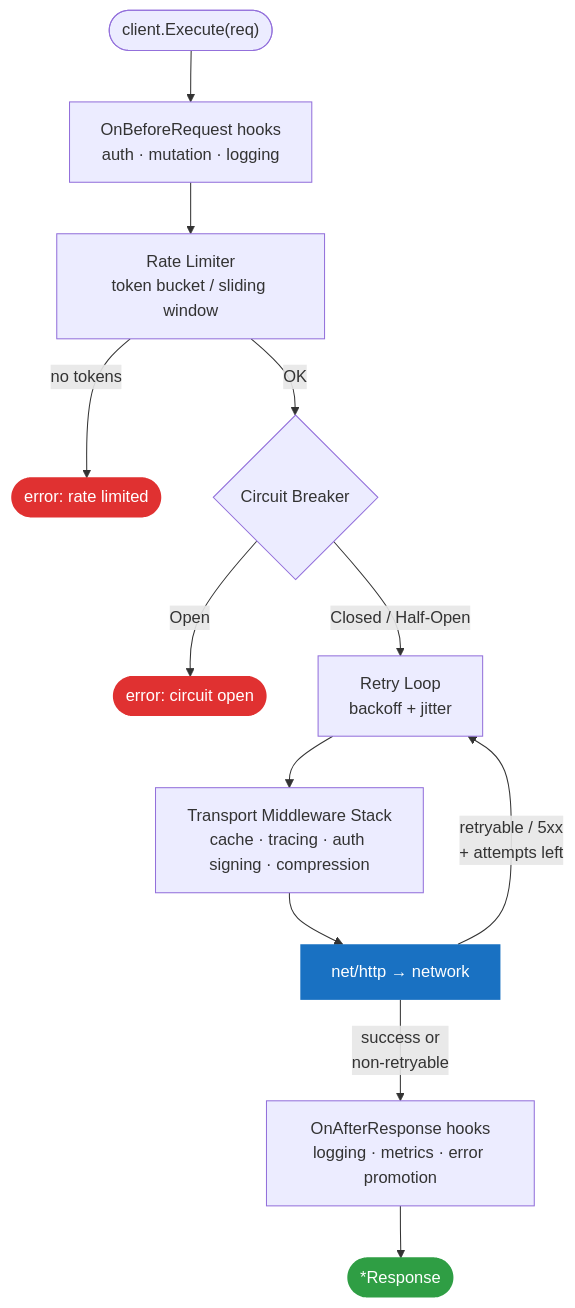
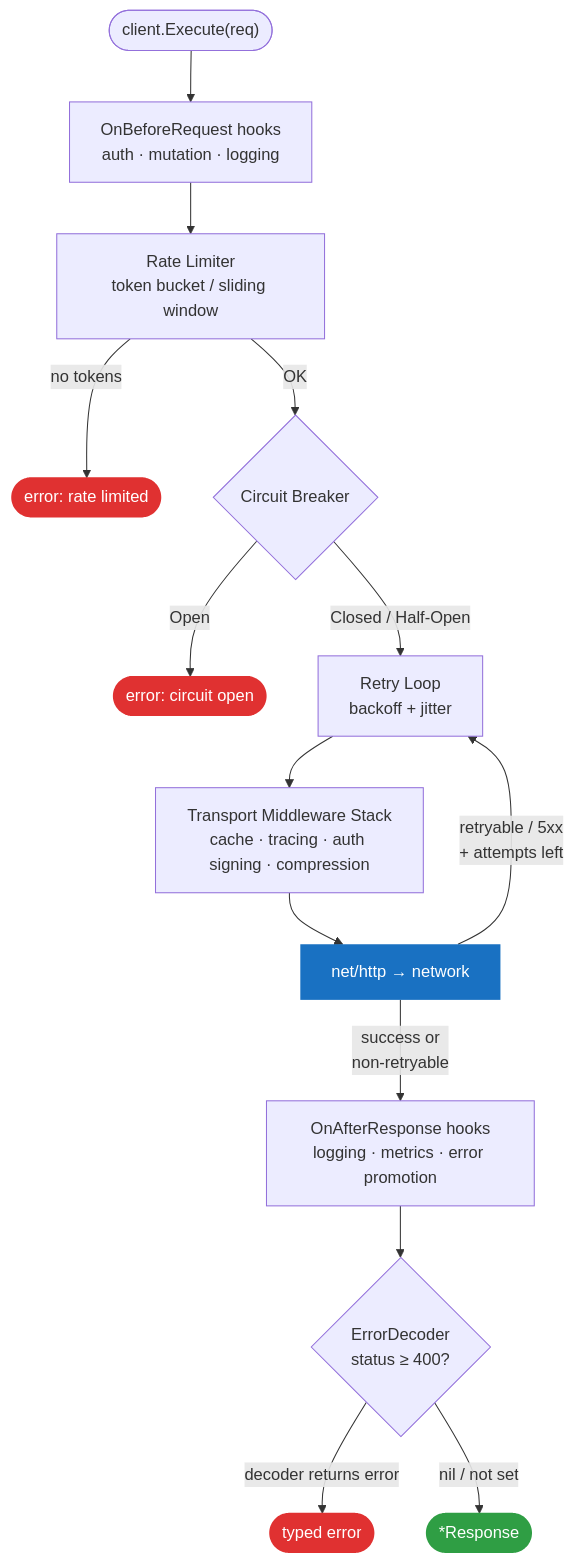
The first of 5 diagrams in README.md (jhonsferg/relay), drawn with Mermaid before and after one commit. The commit also changed other lines of this file, not shown here.

Commit message:
docs(readme): add ErrorDecoder, HTTP/3, updated perf section and architecture diagram

````diff
--- a/README.md
+++ b/README.md
@@ -38,26 +38,29 @@
 ```mermaid
 flowchart TD
     EX(["client.Execute(req)"])
 
     EX --> BH["OnBeforeRequest hooks\nauth · mutation · logging"]
     BH --> RL["Rate Limiter\ntoken bucket / sliding window"]
 
     RL -- "no tokens" --> E1(["error: rate limited"])
     RL -- OK --> CB{"Circuit Breaker"}
 
     CB -- Open --> E2(["error: circuit open"])
     CB -- "Closed / Half-Open" --> RT["Retry Loop\nbackoff + jitter"]
 
     RT --> TM["Transport Middleware Stack\ncache · tracing · auth signing · compression"]
     TM --> NET["net/http → network"]
 
     NET -- "retryable / 5xx\n+ attempts left" --> RT
     NET -- "success or\nnon-retryable" --> AH["OnAfterResponse hooks\nlogging · metrics · error promotion"]
 
-    AH --> RS(["*Response"])
+    AH --> ED{"ErrorDecoder\nstatus ≥ 400?"}
+    ED -- "decoder returns error" --> E3(["typed error"])
+    ED -- "nil / not set" --> RS(["*Response"])
 
     style E1 fill:#e03131,color:#fff,stroke:none
     style E2 fill:#e03131,color:#fff,stroke:none
+    style E3 fill:#e03131,color:#fff,stroke:none
     style RS fill:#2f9e44,color:#fff,stroke:none
     style NET fill:#1971c2,color:#fff,stroke:none
 ```
````
